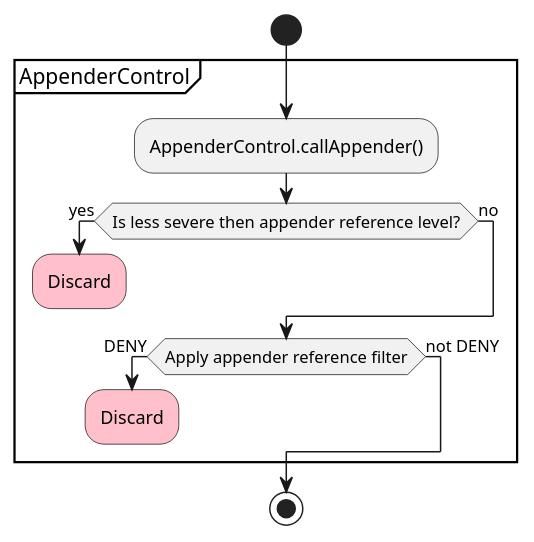
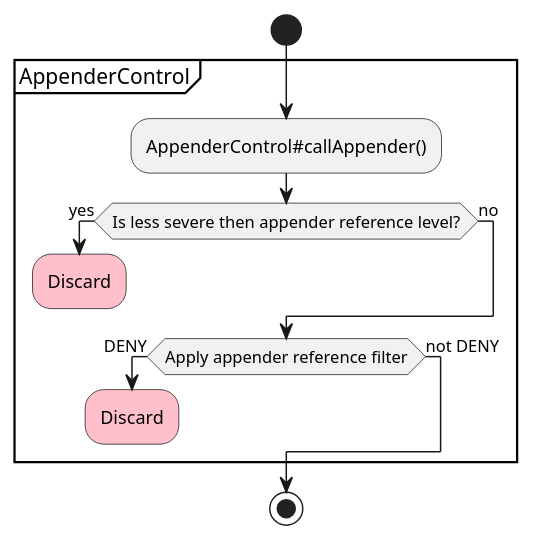
Before and after one commit to apache/logging-log4j2: the third of 4 diagrams in src/site/antora/modules/ROOT/pages/manual/filters.adoc, drawn with PlantUML. The commit also changed other lines of this file, not shown here.

```diff
--- a/src/site/antora/modules/ROOT/pages/manual/filters.adoc
+++ b/src/site/antora/modules/ROOT/pages/manual/filters.adoc
@@ -151,27 +151,27 @@
 [plantuml]
 ....
 @startuml
 !pragma useVerticalIf on
 start
 group AppenderControl
 
-:AppenderControl.callAppender();
+:AppenderControl#callAppender();
 
 if (Is less severe then appender reference level?) then (yes)
     #pink:Discard;
     detach
 else (no)
     ' The label improves spacing
     label a2
 endif
 if (Apply appender reference filter) then (DENY)
     #pink:Discard;
     detach
 else (not DENY)
     ' The label improves spacing
     label a1
 endif
 end group
 stop
 @enduml
 ....
```
